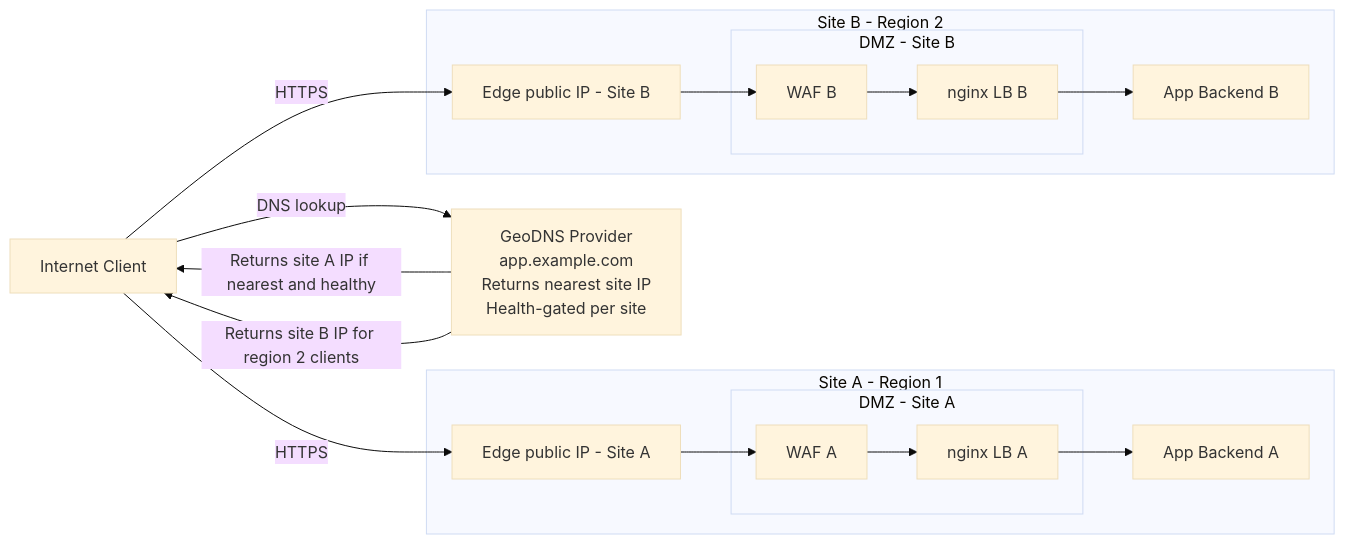
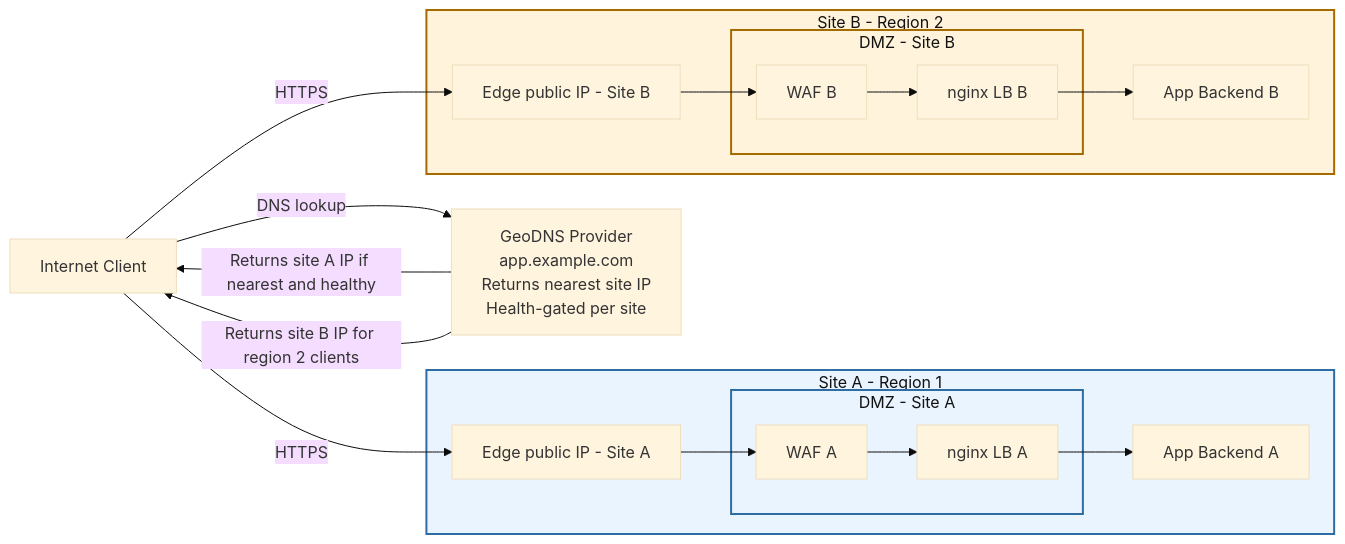
The third of 5 diagrams in network-spanned-dc/docs/03_diagrams/published_apps_flow.mmd.md (pancakesaregood/distributed-dc), drawn with Mermaid (base theme) before and after one commit. The commit also changed other lines of this file and 11 other files, not shown here.

Commit message:
diagram beautification

````diff
--- a/network-spanned-dc/docs/03_diagrams/published_apps_flow.mmd.md
+++ b/network-spanned-dc/docs/03_diagrams/published_apps_flow.mmd.md
@@ -93,33 +98,38 @@
 ```mermaid
 graph LR
 
   INET["Internet Client"]
   GEODNS["GeoDNS Provider<br/>app.example.com<br/>Returns nearest site IP<br/>Health-gated per site"]
 
   subgraph SA[Site A - Region 1]
     IPA["Edge public IP - Site A"]
     subgraph DMZGA[DMZ - Site A]
       WAFGA["WAF A"]
       LBGA["nginx LB A"]
     end
     APPGA["App Backend A"]
   end
 
   subgraph SB[Site B - Region 2]
     IPB["Edge public IP - Site B"]
     subgraph DMZGB[DMZ - Site B]
       WAFGB["WAF B"]
       LBGB["nginx LB B"]
     end
     APPGB["App Backend B"]
   end
 
   INET -->|DNS lookup| GEODNS
   GEODNS -->|Returns site A IP if nearest and healthy| INET
   INET -->|HTTPS| IPA
   IPA --> WAFGA --> LBGA --> APPGA
 
   GEODNS -->|Returns site B IP for region 2 clients| INET
   INET -->|HTTPS| IPB
   IPB --> WAFGB --> LBGB --> APPGB
+
+  style SA fill:#EAF4FF,stroke:#2E6DA4,stroke-width:2px,color:#111111
+  style DMZGA fill:#EAF4FF,stroke:#2E6DA4,stroke-width:2px,color:#111111
+  style SB fill:#FFF4DB,stroke:#A56A00,stroke-width:2px,color:#111111
+  style DMZGB fill:#FFF4DB,stroke:#A56A00,stroke-width:2px,color:#111111
 ```
````
